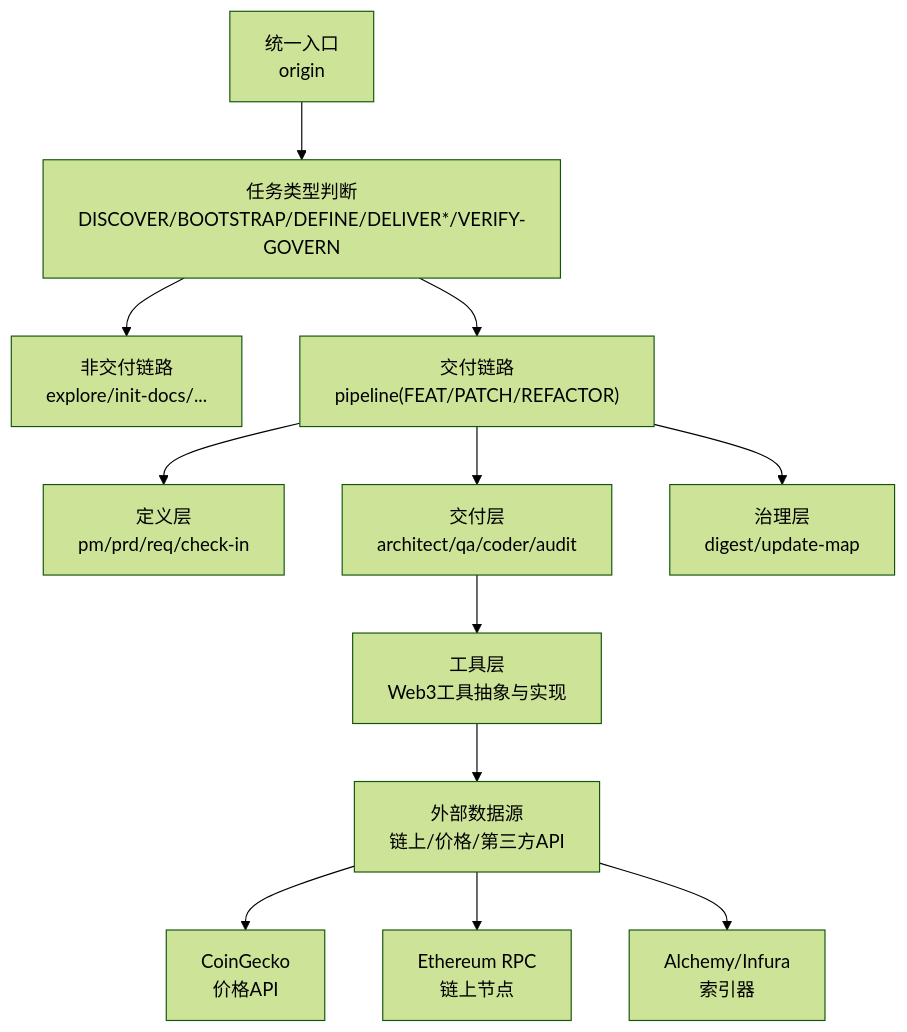
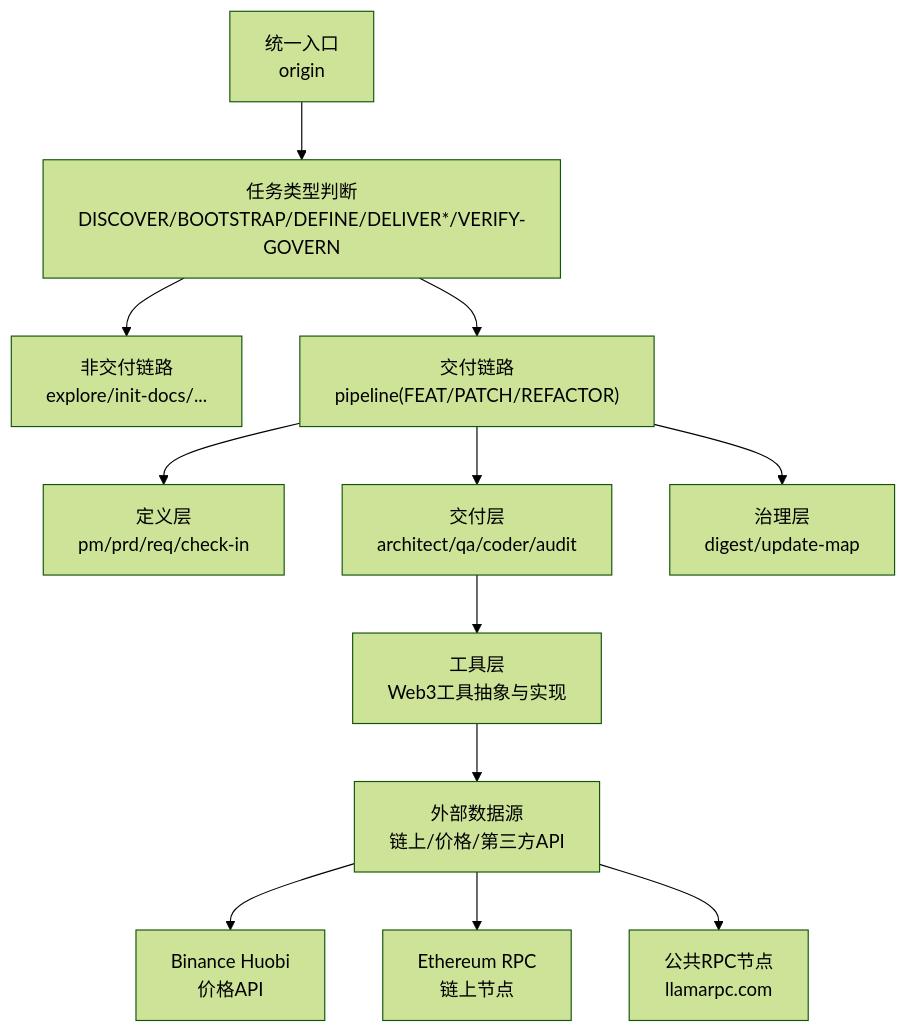
Before and after one commit to CryptoLinxu/Web3-AI-Agent: the first of 6 diagrams in .qoder/repowiki/zh/content/Web3工具集成/Web3工具集成.md, drawn with Mermaid (forest theme). The commit also changed other lines of this file and 6 other files, not shown here.

````diff
--- a/.qoder/repowiki/zh/content/Web3工具集成/Web3工具集成.md
+++ b/.qoder/repowiki/zh/content/Web3工具集成/Web3工具集成.md
@@ -42,14 +54,14 @@
 ```mermaid
 graph TB
 A["统一入口<br/>origin"] --> B["任务类型判断<br/>DISCOVER/BOOTSTRAP/DEFINE/DELIVER*/VERIFY-GOVERN"]
 B --> C["非交付链路<br/>explore/init-docs/..."]
 B --> D["交付链路<br/>pipeline(FEAT/PATCH/REFACTOR)"]
 D --> E["定义层<br/>pm/prd/req/check-in"]
 D --> F["交付层<br/>architect/qa/coder/audit"]
 D --> G["治理层<br/>digest/update-map"]
 F --> H["工具层<br/>Web3工具抽象与实现"]
 H --> I["外部数据源<br/>链上/价格/第三方API"]
-I --> J["CoinGecko<br/>价格API"]
+I --> J["Binance Huobi<br/>价格API"]
 I --> K["Ethereum RPC<br/>链上节点"]
-I --> L["Alchemy/Infura<br/>索引器"]
+I --> L["公共RPC节点<br/>llamarpc.com"]
 ```
````
